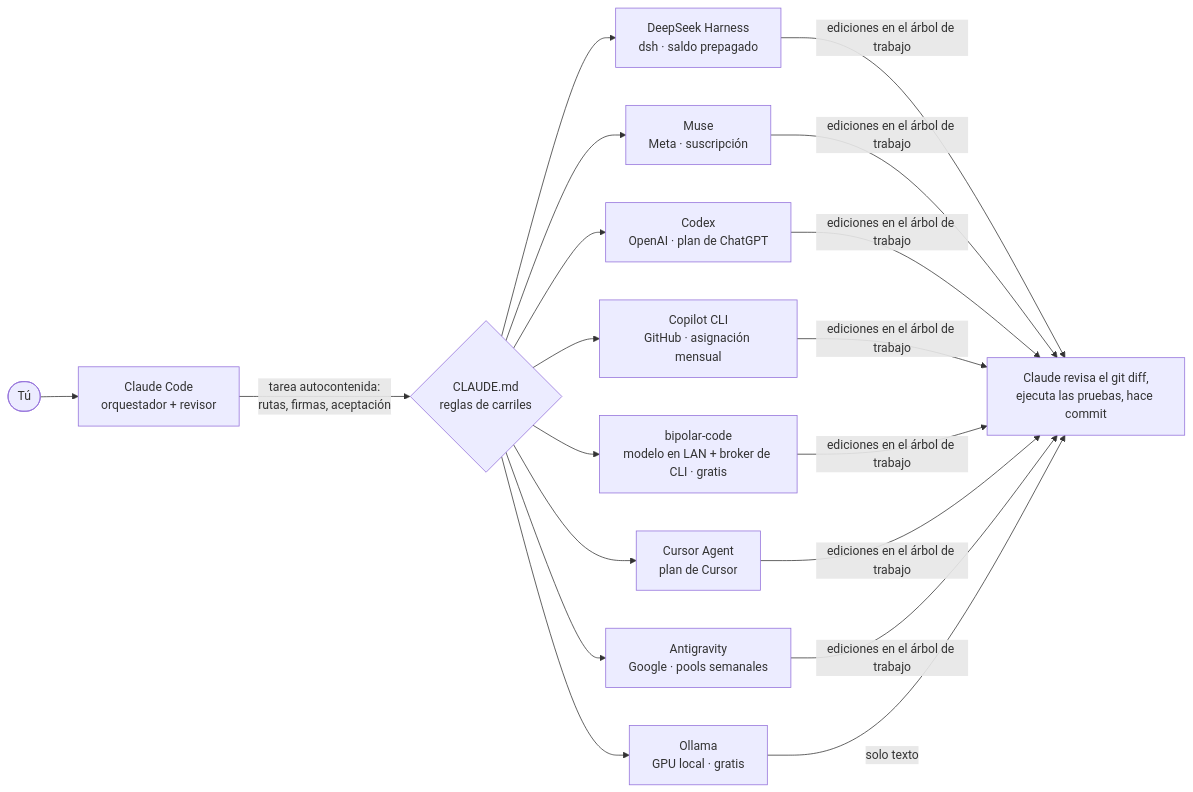
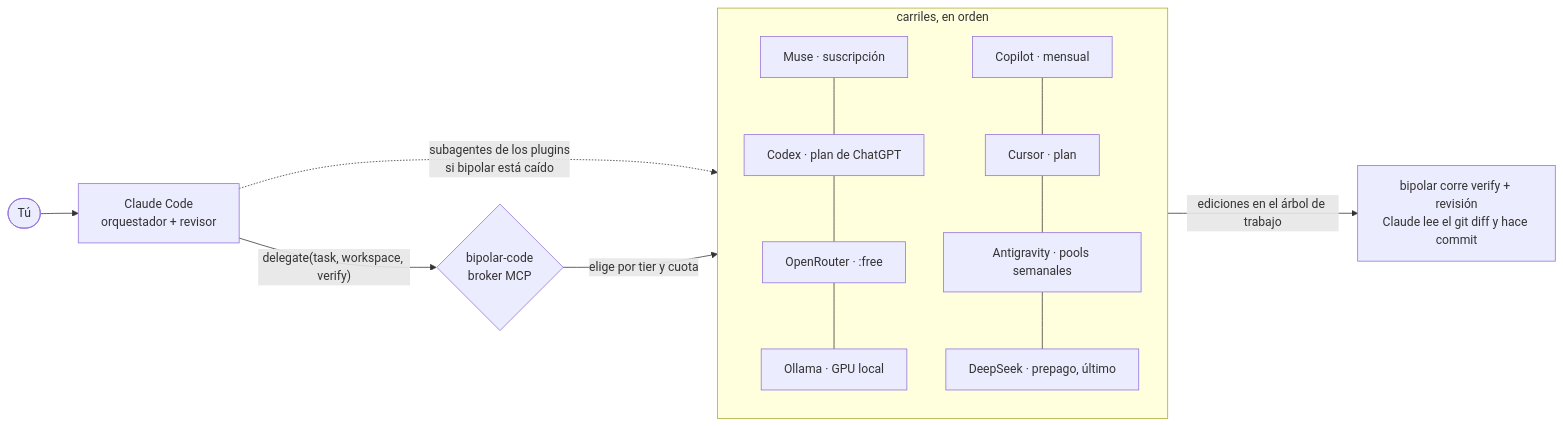
One commit to santiquiroz/claude-delegation-kit changed the first of 3 diagrams in README.es.md. Above: the diagram before and after it, drawn with Mermaid. The commit also changed other lines of this file and 15 other files, not shown here.

First line of the commit message:
feat: bipolar MCP as preferred path, OpenRouter lane, Muse-first order (#1)

````diff
--- a/README.es.md
+++ b/README.es.md
@@ -16,15 +18,12 @@
 ```mermaid
 flowchart LR
     U([Tú]) --> CC["Claude Code<br/>orquestador + revisor"]
-    CC -->|"tarea autocontenida:<br/>rutas, firmas, aceptación"| R{"CLAUDE.md<br/>reglas de carriles"}
-    R --> DS["DeepSeek Harness<br/>dsh · saldo prepagado"]
-    R --> MU["Muse<br/>Meta · suscripción"]
-    R --> CX["Codex<br/>OpenAI · plan de ChatGPT"]
-    R --> CP["Copilot CLI<br/>GitHub · asignación mensual"]
-    R --> OL["Ollama<br/>GPU local · gratis"]
-    R --> BP["bipolar-code<br/>modelo en LAN + broker de CLI · gratis"]
-    R --> CU["Cursor Agent<br/>plan de Cursor"]
-    R --> AG["Antigravity<br/>Google · pools semanales"]
-    DS & MU & CX & CP & BP & CU & AG -->|"ediciones en el árbol de trabajo"| REV["Claude revisa el git diff,<br/>ejecuta las pruebas, hace commit"]
-    OL -->|"solo texto"| REV
+    CC -->|"delegate(task, workspace, verify)"| BP{"bipolar-code<br/>broker MCP"}
+    CC -.->|"subagentes de los plugins<br/>si bipolar está caído"| L
+    BP -->|"elige por tier y cuota"| L
+    subgraph L["carriles, en orden"]
+        MU["Muse · suscripción"] --- CX["Codex · plan de ChatGPT"] --- OR["OpenRouter · :free"] --- OL["Ollama · GPU local"]
+        CP["Copilot · mensual"] --- CU["Cursor · plan"] --- AG["Antigravity · pools semanales"] --- DS["DeepSeek · prepago, último"]
+    end
+    L -->|"ediciones en el árbol de trabajo"| REV["bipolar corre verify + revisión<br/>Claude lee el git diff y hace commit"]
 ```
````
